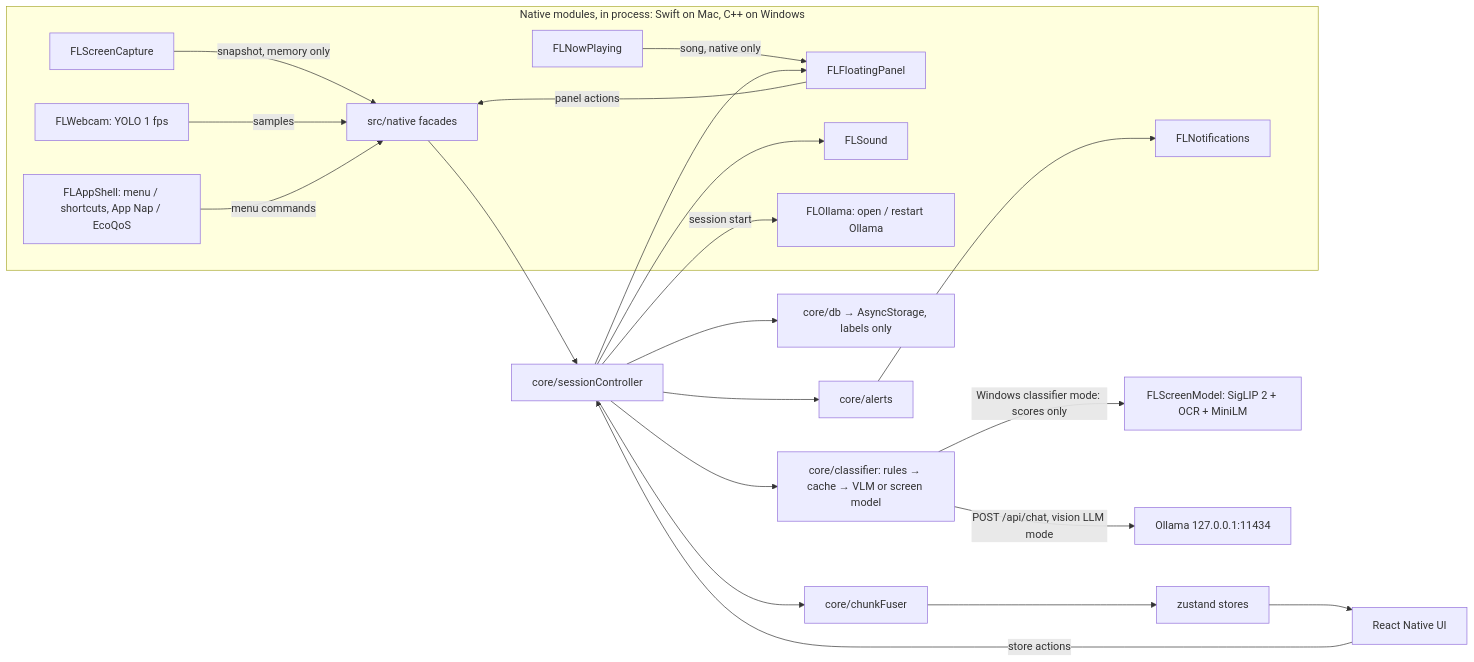
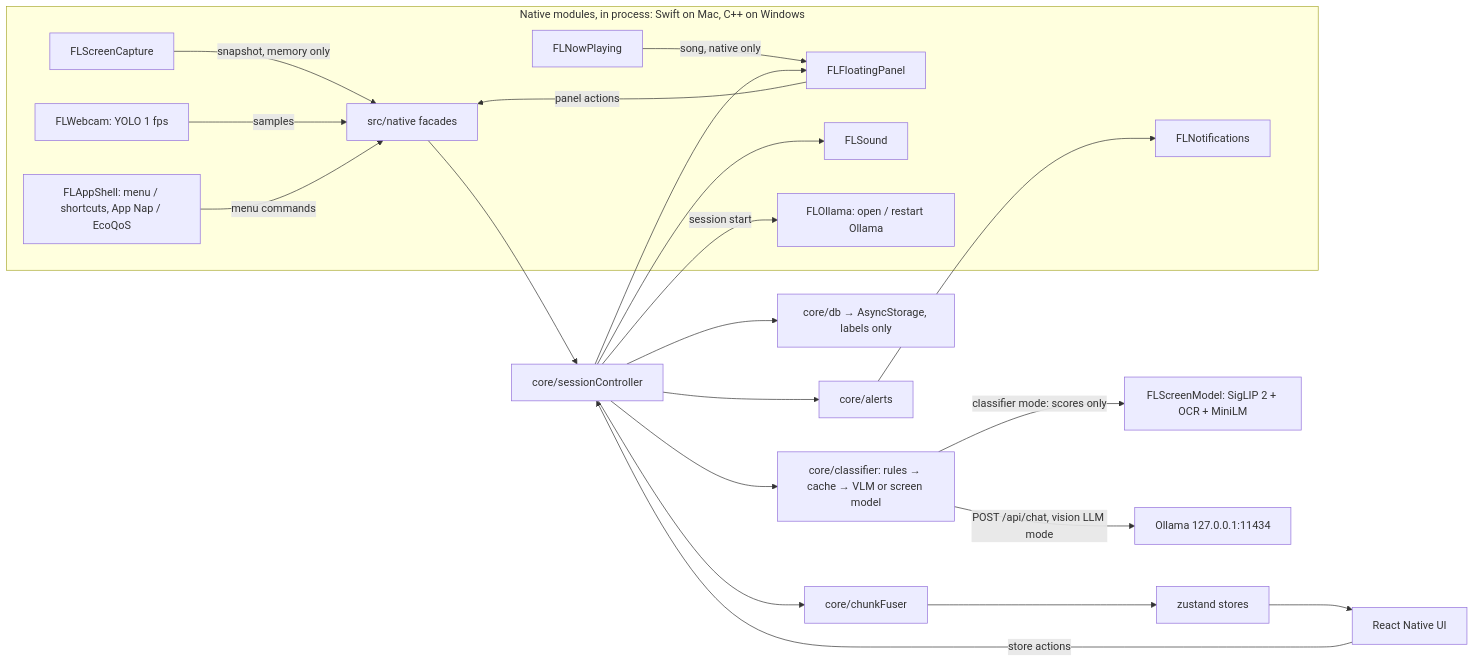
One commit to AlperErg/larpless changed the diagram in README.md. Above: the diagram before and after it, drawn with Mermaid. The commit also changed other lines of this file and 39 other files, not shown here.

````diff
--- a/README.md
+++ b/README.md
@@ -41,25 +41,25 @@
 ```mermaid
 flowchart LR
   subgraph native [Native modules, in process: Swift on Mac, C++ on Windows]
     SC[FLScreenCapture] -->|snapshot, memory only| F
     WC[FLWebcam: YOLO 1 fps] -->|samples| F
     PN[FLFloatingPanel] -->|panel actions| F
     AS[FLAppShell: menu / shortcuts, App Nap / EcoQoS] -->|menu commands| F
     NP[FLNowPlaying] -->|song, native only| PN
     NT[FLNotifications]
     SD[FLSound]
     OH[FLOllama: open / restart Ollama]
   end
   F[src/native facades] --> CTRL[core/sessionController]
   CTRL --> CLS[core/classifier: rules → cache → VLM or screen model]
-  CLS -->|Windows classifier mode: scores only| SM[FLScreenModel: SigLIP 2 + OCR + MiniLM]
+  CLS -->|classifier mode: scores only| SM[FLScreenModel: SigLIP 2 + OCR + MiniLM]
   CLS -->|POST /api/chat, vision LLM mode| OL[Ollama 127.0.0.1:11434]
   CTRL --> FU[core/chunkFuser] --> ST[zustand stores]
   CTRL --> AL[core/alerts] --> NT
   CTRL --> PN
   CTRL --> SD
   CTRL -->|session start| OH
   CTRL --> DB[core/db → AsyncStorage, labels only]
   ST --> UI[React Native UI]
   UI -->|store actions| CTRL
 ```
````
